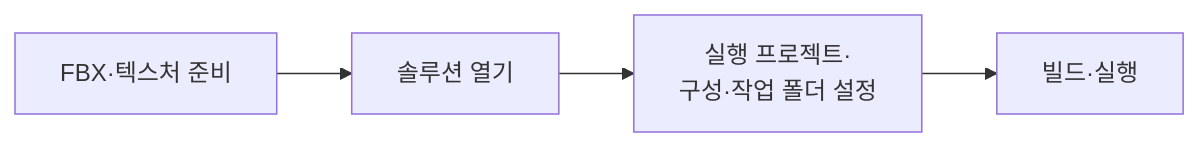
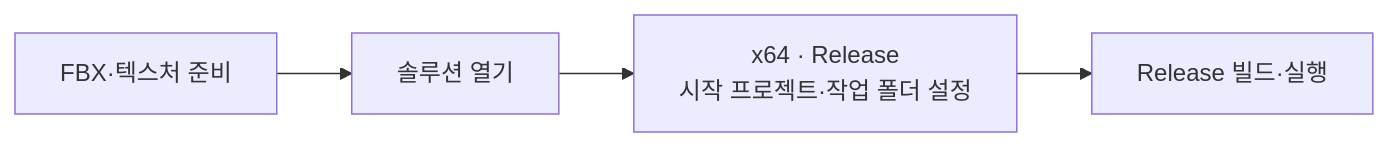
Diagram 13 of 14 in AsciiDoom/README.md (heewoung-lee/HiwoongEngine), drawn with Mermaid before and after one commit. The commit also changed other lines of this file, not shown here.

````diff
--- a/AsciiDoom/README.md
+++ b/AsciiDoom/README.md
@@ -286,6 +287,6 @@
 ```mermaid
 flowchart LR
     A["FBX·텍스처 준비"] --> B["솔루션 열기"]
-    B --> C["실행 프로젝트·<br/>구성·작업 폴더 설정"]
-    C --> D["빌드·실행"]
+    B --> C["x64 · Release<br/>시작 프로젝트·작업 폴더 설정"]
+    C --> D["Release 빌드·실행"]
 ```
````
